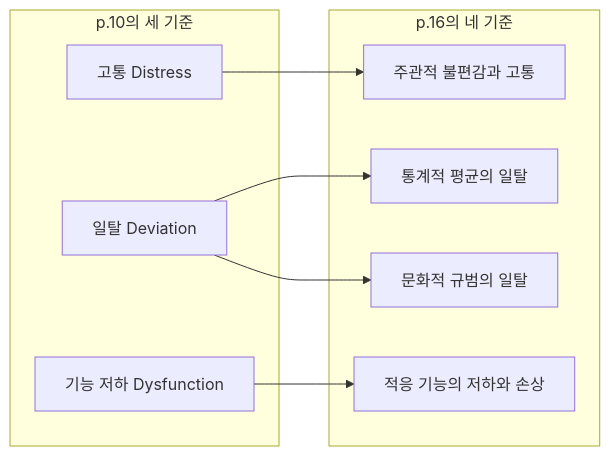
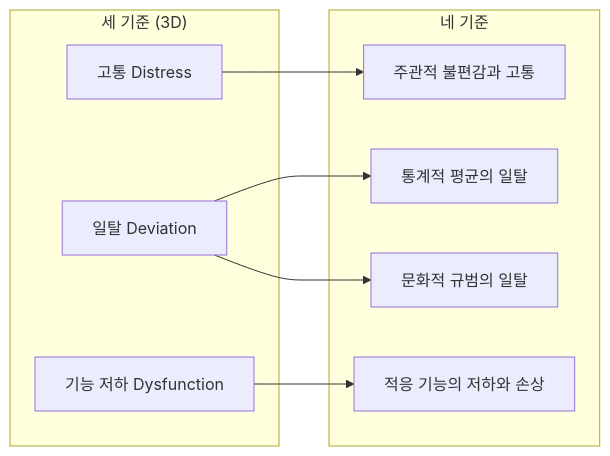
One commit to Hong-Iron/Hongs_Blog changed the diagram in _notes/abnormal-psychology/abnormality-criteria.md. Above: the diagram before and after it, drawn with Mermaid. The commit also changed other lines of this file and 1740 other files, not shown here.

````diff
--- a/_notes/abnormal-psychology/abnormality-criteria.md
+++ b/_notes/abnormal-psychology/abnormality-criteria.md
@@ -68,18 +68,18 @@
 ```mermaid
 flowchart LR
-  subgraph T["p.10의 세 기준"]
+  subgraph T["세 기준 (3D)"]
     DI["고통 Distress"]
     DE["일탈 Deviation"]
     DY["기능 저하 Dysfunction"]
   end
-  subgraph F["p.16의 네 기준"]
+  subgraph F["네 기준"]
     F1["주관적 불편감과 고통"]
     F2["통계적 평균의 일탈"]
     F3["문화적 규범의 일탈"]
     F4["적응 기능의 저하와 손상"]
   end
   DI --> F1
   DE --> F2
   DE --> F3
   DY --> F4
 ```
````
